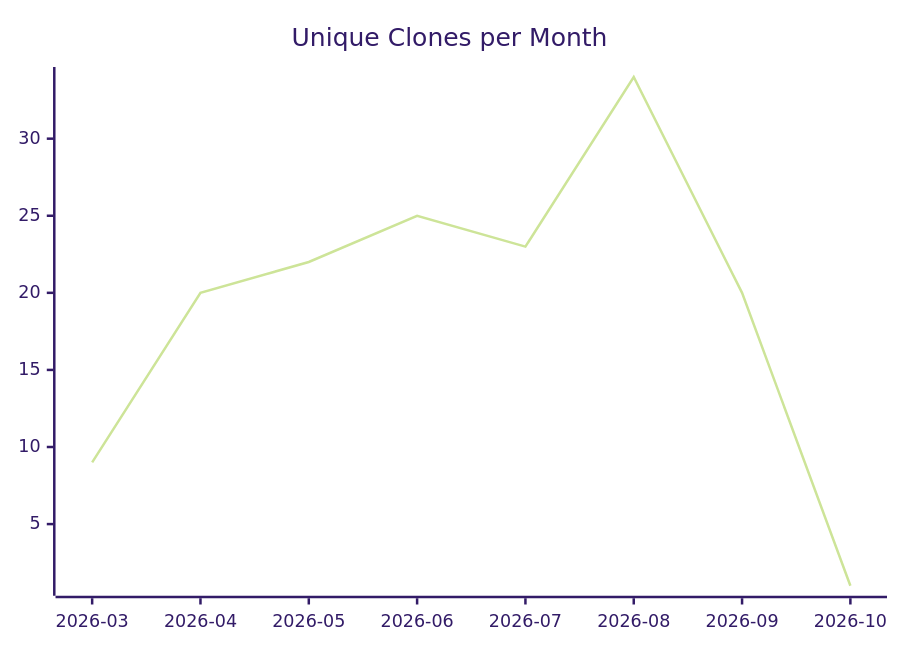
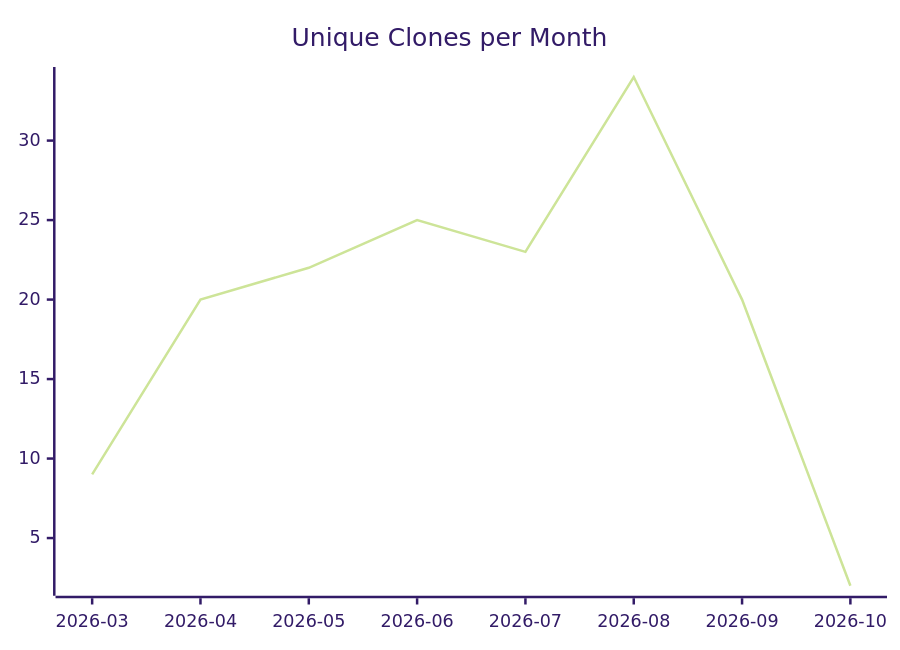
Before and after one commit to justdavis-family/github-analytics-data: the third of 3 diagrams in karlmdavis/kxml2/README.md, drawn with Mermaid (forest theme). The commit also changed other lines of this file and 203 other files, not shown here.

````diff
--- a/karlmdavis/kxml2/README.md
+++ b/karlmdavis/kxml2/README.md
@@ -19,6 +19,6 @@
 ```mermaid
 xychart-beta
   title "Unique Clones per Month"
   x-axis ["2026-03", "2026-04", "2026-05", "2026-06", "2026-07", "2026-08", "2026-09", "2026-10"]
-  line [9, 20, 22, 25, 23, 34, 20, 1]
+  line [9, 20, 22, 25, 23, 34, 20, 2]
 ```
````
